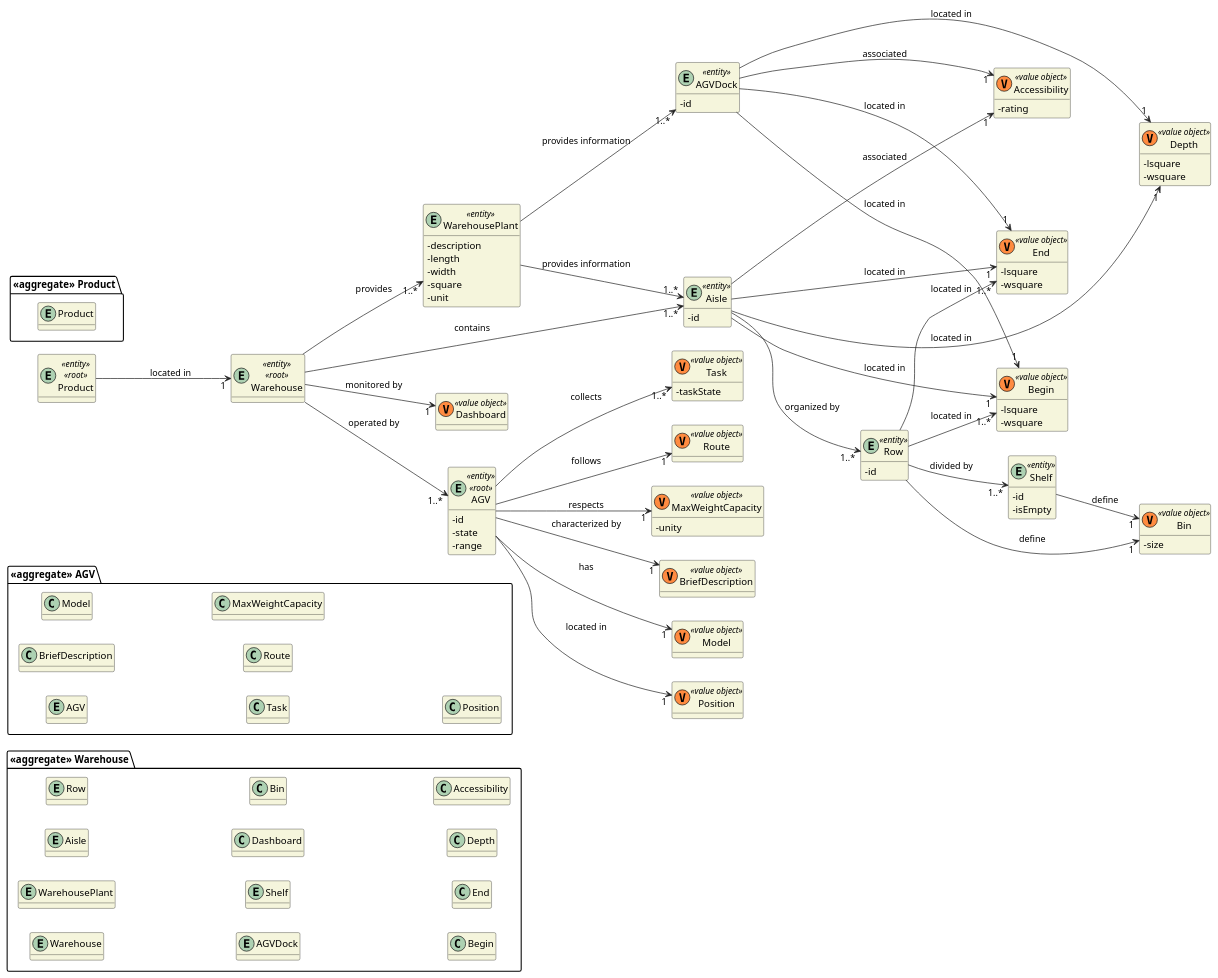
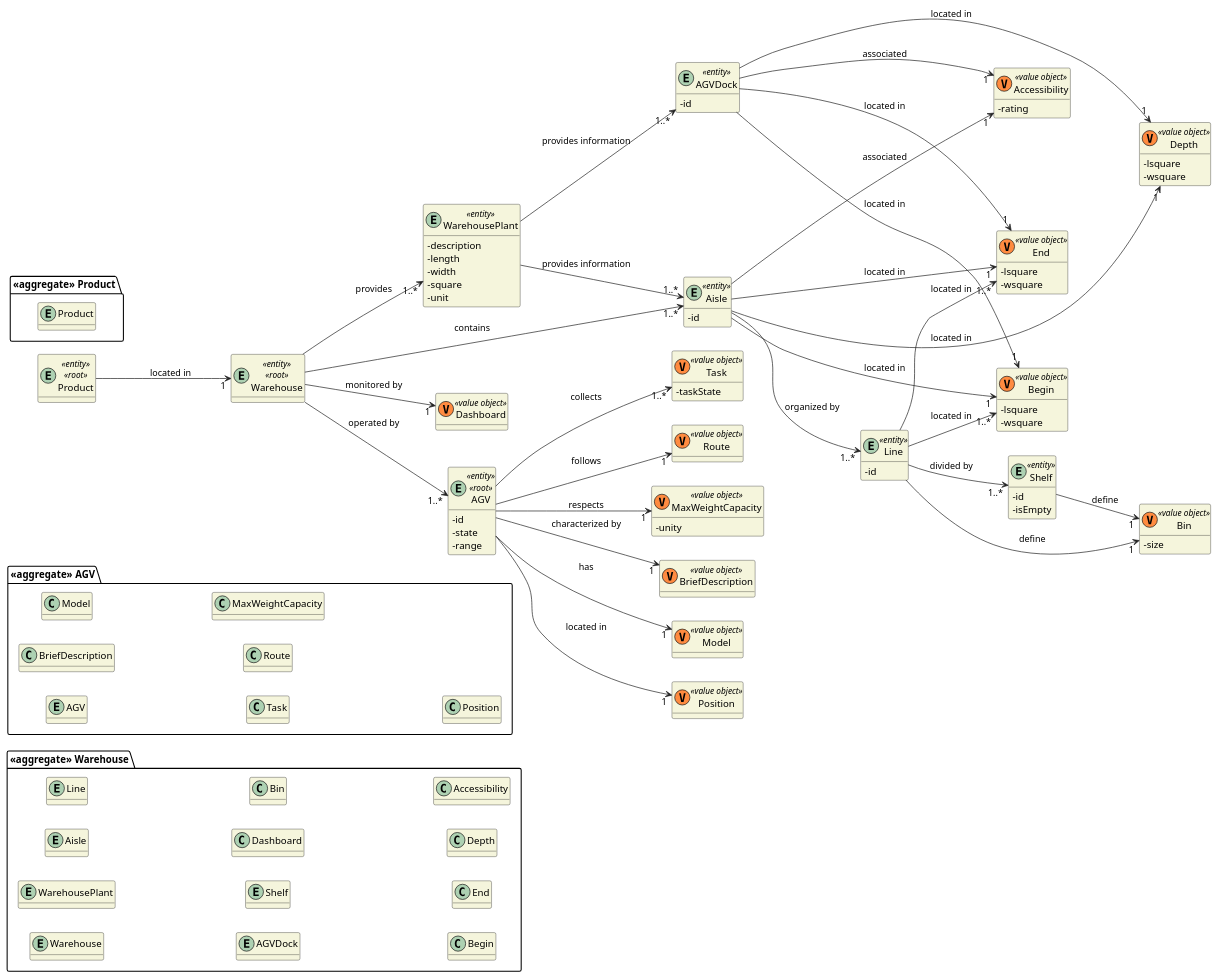
One commit to 0franciscor/lei21_22_s4_2de_01 changed the diagram in docs/DM/DM_Warehouse.puml. Above: the diagram before and after it, drawn with PlantUML. The commit also changed 1 other file, not shown here.

```diff
--- a/docs/DM/DM_Warehouse.puml
+++ b/docs/DM/DM_Warehouse.puml
@@ -1,163 +1,163 @@
 @startuml
 
 hide methods
 left to right direction
 skinparam classAttributeIconSize 0
 skinparam classBackgroundColor beige
 skinparam ArrowColor #222222
 
 package "<<aggregate>> Warehouse" {
     entity Warehouse
     entity WarehousePlant
     entity Aisle
-    entity Row
+    entity Line
     entity AGVDock
     entity Shelf
     class Dashboard
     class Bin
     class Begin
     class End
     class Depth
     class Accessibility
 }
 
 package "<<aggregate>> AGV" {
     entity AGV
     class BriefDescription
     class Model
     class Task
     class Route
     class MaxWeightCapacity
     class Position
 }
 
 package "<<aggregate>> Product" {
     entity Product
 }
 
 entity Product <<entity>> <<root>> {}
 
 entity WarehousePlant <<entity>> {
     -description
     -length
     -width
     -square
     -unit
 }
 
 entity AGV <<entity>> <<root>> {
     -id
     -state
     -range
 }
 
 entity AGVDock <<entity>> {
     -id
 }
 
 entity Warehouse <<entity>> <<root>> {
 }
 
 class Dashboard <<(V,#FF8B40) value object>>{}
 
 entity Shelf <<entity>>{
     -id
     -isEmpty
 }
 
 class Bin <<(V,#FF8B40) value object>>{
     -size
 }
 
 entity Aisle <<entity>>{
     -id
 }
 
 class Begin <<(V,#FF8B40) value object>>{
     -lsquare
     -wsquare
 }
 
 class End <<(V,#FF8B40) value object>>{
     -lsquare
     -wsquare
 }
 
 class Depth <<(V,#FF8B40) value object>>{
     -lsquare
     -wsquare
 }
 
 class Accessibility <<(V,#FF8B40) value object>>{
     -rating
 }
 
-entity Row <<entity>>{
+entity Line <<entity>>{
     -id
 
 }
 
 Product--> "1" Warehouse : located in
 
 Warehouse --> "1..*" Aisle : contains
 
 Warehouse --> "1" Dashboard : monitored by
 
 Warehouse --> "1..*" AGV : operated by
 
 Warehouse --> "1..*" WarehousePlant : provides
 
 WarehousePlant --> "1..*" Aisle : provides information
 
 WarehousePlant --> "1..*" AGVDock : provides information
 
 
 
-Aisle --> "1..*" Row : organized by
+Aisle --> "1..*" Line : organized by
 
 Aisle --> "1" Begin : located in
 Aisle --> "1" End : located in
 Aisle ----> "1" Depth : located in
 Aisle --> "1" Accessibility : associated
 
-Row --> "1..*" Shelf : divided by
+Line --> "1..*" Shelf : divided by
 
-Row --> "1..*" Begin : located in
+Line --> "1..*" Begin : located in
 
-Row --> "1..*" End : located in
+Line --> "1..*" End : located in
 
-Row --> "1" Bin : define
+Line --> "1" Bin : define
 Shelf --> "1" Bin : define
 
 AGVDock ---> "1" Begin : located in
 AGVDock ---> "1" End : located in
 AGVDock ---> "1" Depth : located in
 AGVDock ---> "1" Accessibility : associated
 
 
 entity AGV <<entity>> <<root>> {}
 
 class BriefDescription <<(V,#FF8B40) value object>> {}
 
 class Model <<(V,#FF8B40) value object>> {}
 
 class Position <<(V,#FF8B40) value object>> {}
 
 class Task<<(V,#FF8B40) value object>> {
     -taskState
 }
 
 class Route <<(V,#FF8B40) value object>> {}
 
 class MaxWeightCapacity <<(V,#FF8B40) value object>> {
 -unity
 }
 
 AGV --> "1..*" Task : collects
 AGV --> "1" Route : follows
 AGV --> "1" Model : has
 AGV --> "1" BriefDescription : characterized by
 AGV --> "1" MaxWeightCapacity : respects
 AGV --> "1" Position : located in
 
 @enduml
```
